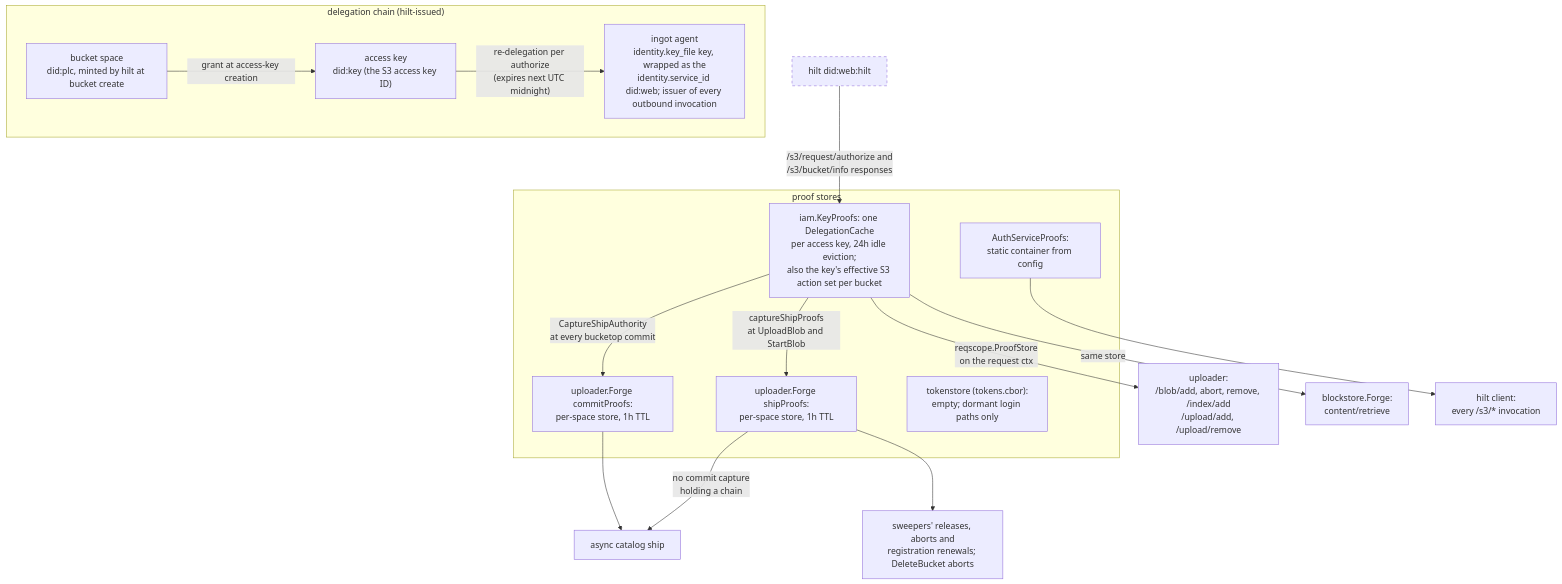
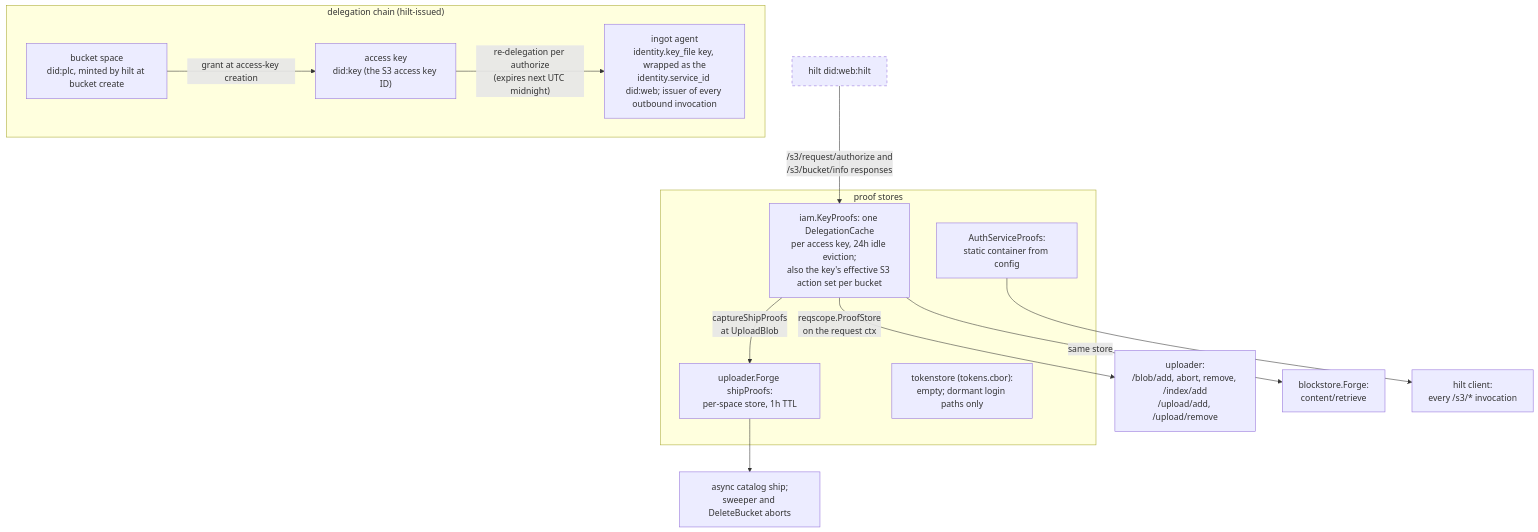
Before and after one commit to fil-forge/ingot: diagram 11 of 14 in docs/diagrams.md, drawn with Mermaid. The commit also changed other lines of this file and 98 other files, not shown here.

````diff
--- a/docs/diagrams.md
+++ b/docs/diagrams.md
@@ -901,32 +798,28 @@
 ```mermaid
 flowchart TB
     subgraph chain["delegation chain (hilt-issued)"]
         space["bucket space<br/>did:plc, minted by hilt at bucket create"]
         ak["access key<br/>did:key (the S3 access key ID)"]
         agent["ingot agent<br/>identity.key_file key, wrapped as the<br/>identity.service_id did:web; issuer of every outbound invocation"]
         space -->|"grant at access-key creation"| ak
         ak -->|"re-delegation per authorize<br/>(expires next UTC midnight)"| agent
     end
 
     hilt["hilt did:web:hilt"] -->|"/s3/request/authorize and<br/>/s3/bucket/info responses"| kp
 
     subgraph stores["proof stores"]
         kp["iam.KeyProofs: one DelegationCache<br/>per access key, 24h idle eviction;<br/>also the key's effective S3 action set per bucket"]
         ship["uploader.Forge shipProofs:<br/>per-space store, 1h TTL"]
-        commit["uploader.Forge commitProofs:<br/>per-space store, 1h TTL"]
         static["AuthServiceProofs:<br/>static container from config"]
         tok["tokenstore (tokens.cbor):<br/>empty; dormant login paths only"]
     end
 
     kp -->|"reqscope.ProofStore<br/>on the request ctx"| writes["uploader:<br/>/blob/add, abort, remove, /index/add<br/>/upload/add, /upload/remove"]
     kp -->|"same store"| reads["blockstore.Forge:<br/>content/retrieve"]
-    kp -->|"captureShipProofs<br/>at UploadBlob and StartBlob"| ship
-    kp -->|"CaptureShipAuthority<br/>at every bucketop commit"| commit
-    commit --> catship["async catalog ship"]
-    ship -->|"no commit capture<br/>holding a chain"| catship
-    ship --> async["sweepers' releases, aborts and<br/>registration renewals; DeleteBucket aborts"]
+    kp -->|"captureShipProofs<br/>at UploadBlob"| ship
+    ship --> async["async catalog ship;<br/>sweeper and DeleteBucket aborts"]
     static --> hc["hilt client:<br/>every /s3/* invocation"]
 
     classDef external stroke-dasharray: 5 5
     class hilt external
 ```
````
